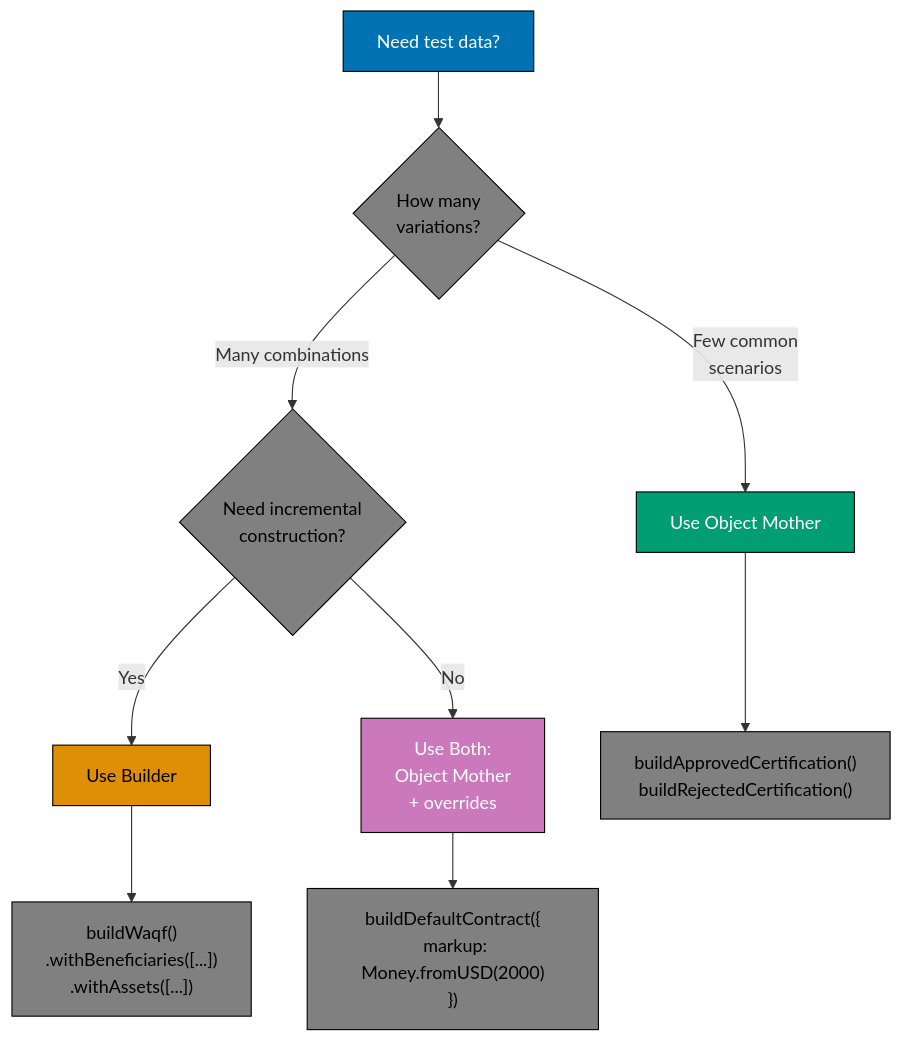
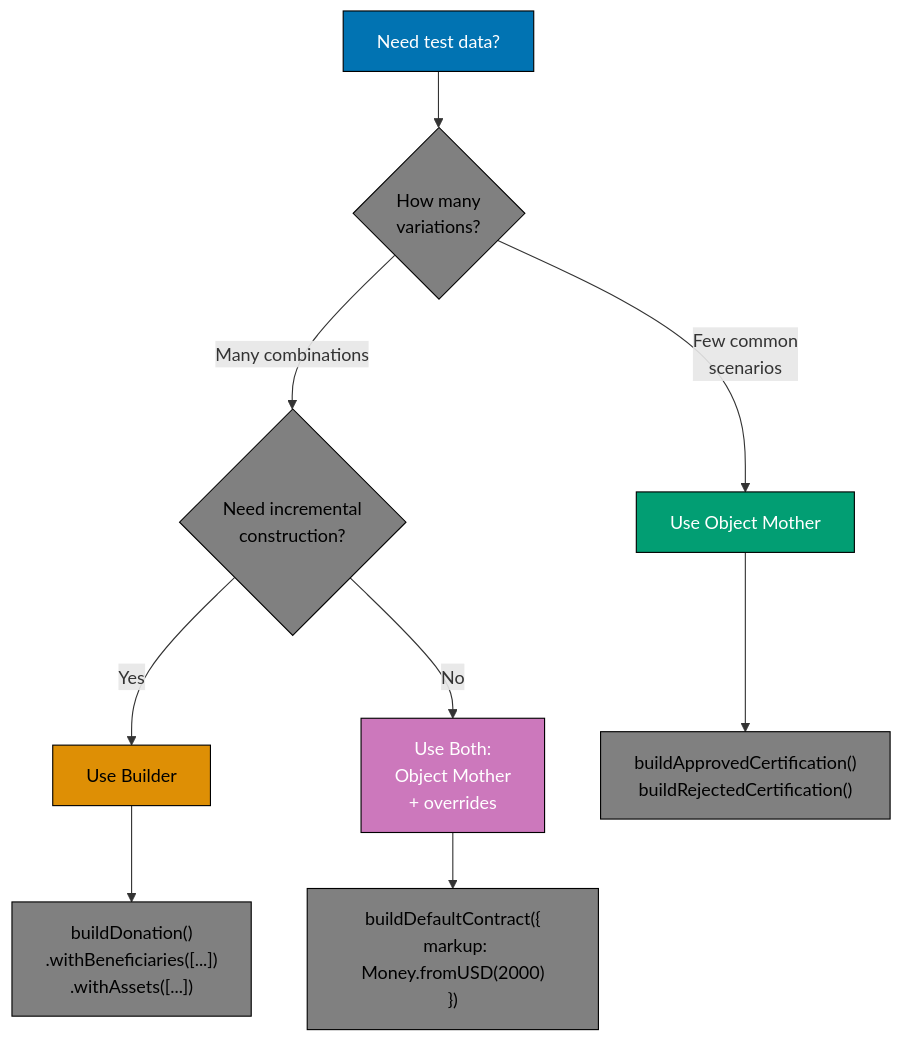
Before and after one commit to wahidyankf/open-sharia-enterprise: the diagram in docs/explanation/software/development/test-driven-development-tdd/ex-so-de-tedrdeve__07-test-data-builders.md, drawn with Mermaid. The commit also changed other lines of this file and 94 other files, not shown here.

````diff
--- a/docs/explanation/software/development/test-driven-development-tdd/ex-so-de-tedrdeve__07-test-data-builders.md
+++ b/docs/explanation/software/development/test-driven-development-tdd/ex-so-de-tedrdeve__07-test-data-builders.md
@@ -288,24 +288,24 @@
 ```mermaid
 flowchart TD
     Start[Need test data?] --> Question1{How many<br/>variations?}
 
     Question1 -->|Few common<br/>scenarios| ObjectMother[Use Object Mother]
     Question1 -->|Many combinations| Question2{Need incremental<br/>construction?}
 
     Question2 -->|Yes| Builder[Use Builder]
     Question2 -->|No| Both[Use Both:<br/>Object Mother<br/>+ overrides]
 
     ObjectMother --> Example1["buildApprovedCertification()<br/>buildRejectedCertification()"]
-    Builder --> Example2["buildWaqf()<br/>.withBeneficiaries([...])<br/>.withAssets([...])"]
+    Builder --> Example2["buildDonation()<br/>.withBeneficiaries([...])<br/>.withAssets([...])"]
     Both --> Example3["buildDefaultContract({<br/>  markup: Money.fromUSD(2000)<br/>})"]
 
     style Start fill:#0173B2,stroke:#000,color:#FFFFFF
     style ObjectMother fill:#029E73,stroke:#000,color:#FFFFFF
     style Builder fill:#DE8F05,stroke:#000,color:#000000
     style Both fill:#CC78BC,stroke:#000,color:#FFFFFF
     style Question1 fill:#808080,stroke:#000,color:#000000
     style Question2 fill:#808080,stroke:#000,color:#000000
     style Example1 fill:#808080,stroke:#000,color:#000000
     style Example2 fill:#808080,stroke:#000,color:#000000
     style Example3 fill:#808080,stroke:#000,color:#000000
 ```
````
